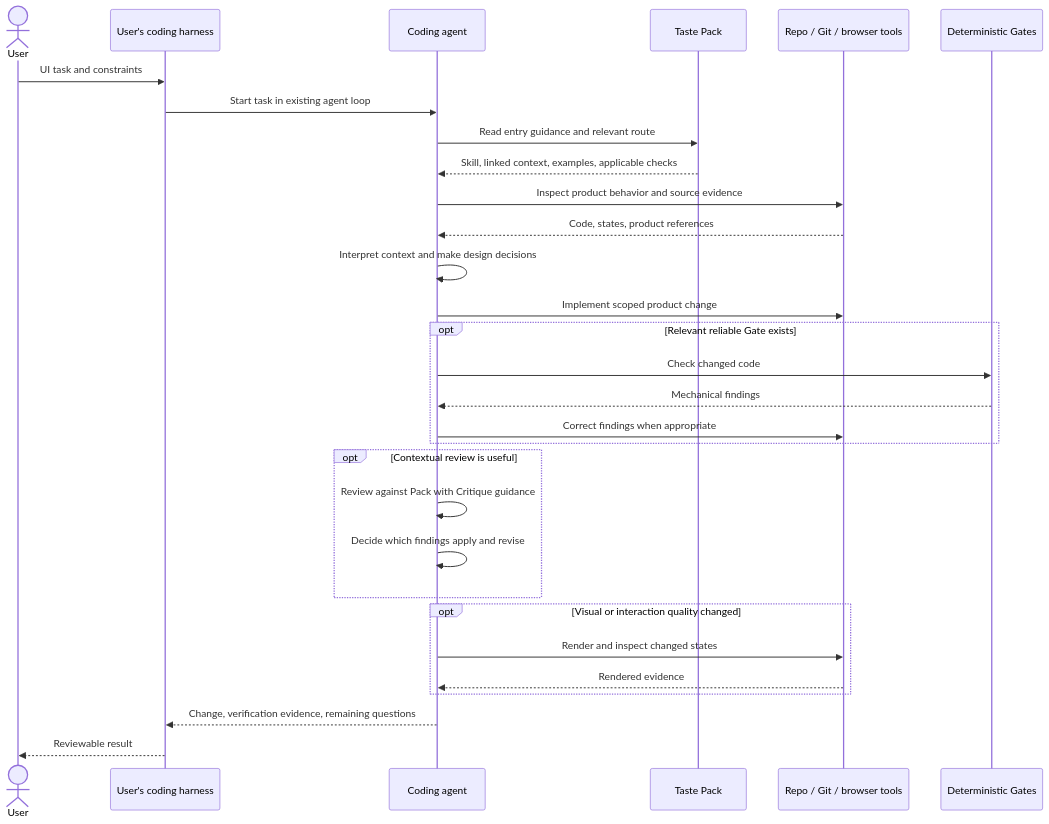
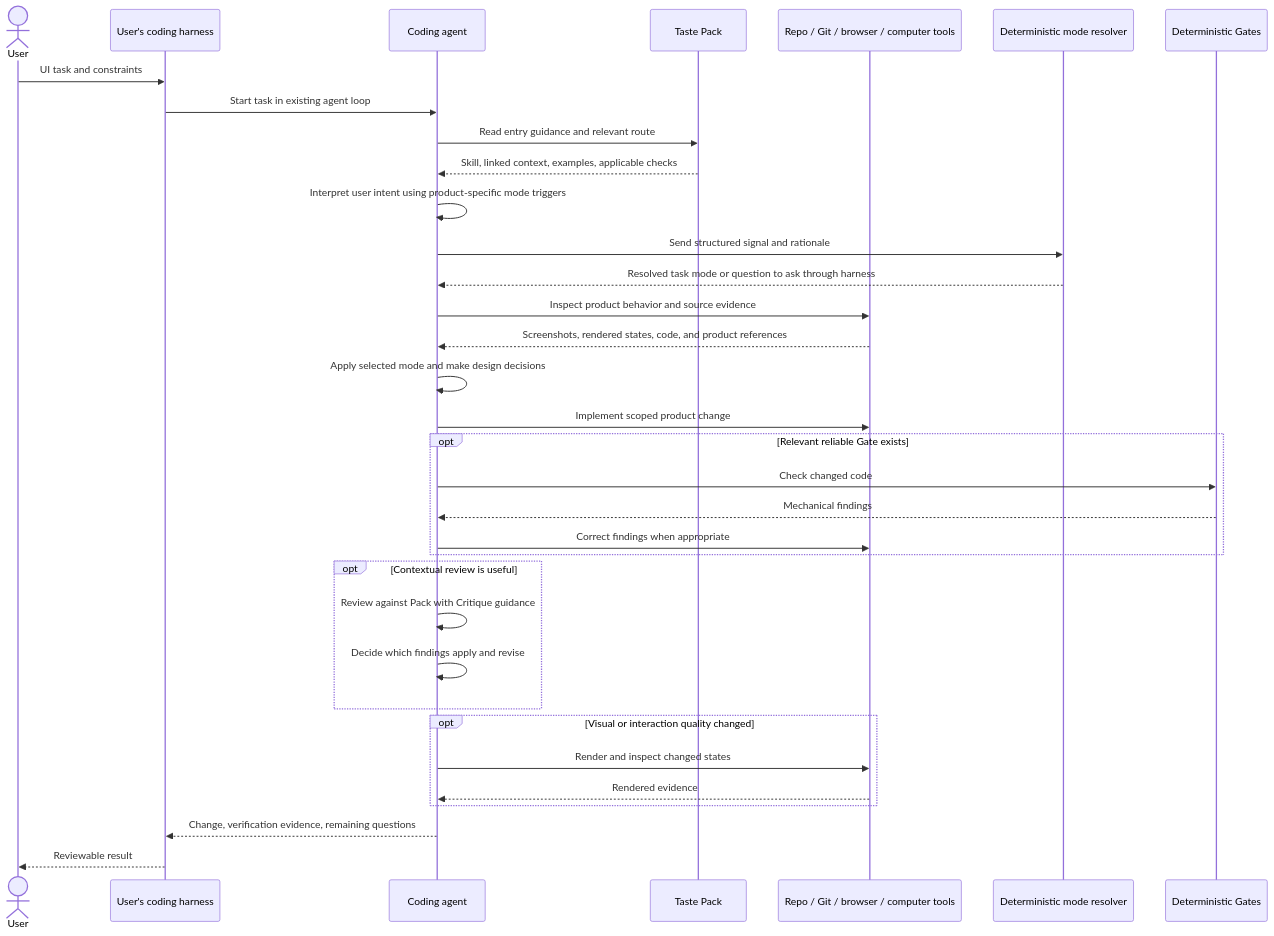
One commit to gksoriginals/taste changed the second of 5 diagrams in docs/engineering.md. Above: the diagram before and after it, drawn with Mermaid. The commit also changed other lines of this file and 18 other files, not shown here.

Commit message:
Add Taste workflow triggers and mode routing

````diff
--- a/docs/engineering.md
+++ b/docs/engineering.md
@@ -198,33 +218,37 @@
 ```mermaid
 sequenceDiagram
   actor User
   participant Harness as User's coding harness
   participant Agent as Coding agent
   participant Pack as Taste Pack
-  participant Tools as Repo / Git / browser tools
+  participant Tools as Repo / Git / browser / computer tools
+  participant Mode as Deterministic mode resolver
   participant Gate as Deterministic Gates
 
   User->>Harness: UI task and constraints
   Harness->>Agent: Start task in existing agent loop
   Agent->>Pack: Read entry guidance and relevant route
   Pack-->>Agent: Skill, linked context, examples, applicable checks
+  Agent->>Agent: Interpret user intent using product-specific mode triggers
+  Agent->>Mode: Send structured signal and rationale
+  Mode-->>Agent: Resolved task mode or question to ask through harness
   Agent->>Tools: Inspect product behavior and source evidence
-  Tools-->>Agent: Code, states, product references
-  Agent->>Agent: Interpret context and make design decisions
+  Tools-->>Agent: Screenshots, rendered states, code, and product references
+  Agent->>Agent: Apply selected mode and make design decisions
   Agent->>Tools: Implement scoped product change
   opt Relevant reliable Gate exists
     Agent->>Gate: Check changed code
     Gate-->>Agent: Mechanical findings
     Agent->>Tools: Correct findings when appropriate
   end
   opt Contextual review is useful
     Agent->>Agent: Review against Pack with Critique guidance
     Agent->>Agent: Decide which findings apply and revise
   end
   opt Visual or interaction quality changed
     Agent->>Tools: Render and inspect changed states
     Tools-->>Agent: Rendered evidence
   end
   Agent-->>Harness: Change, verification evidence, remaining questions
   Harness-->>User: Reviewable result
 ```
````
